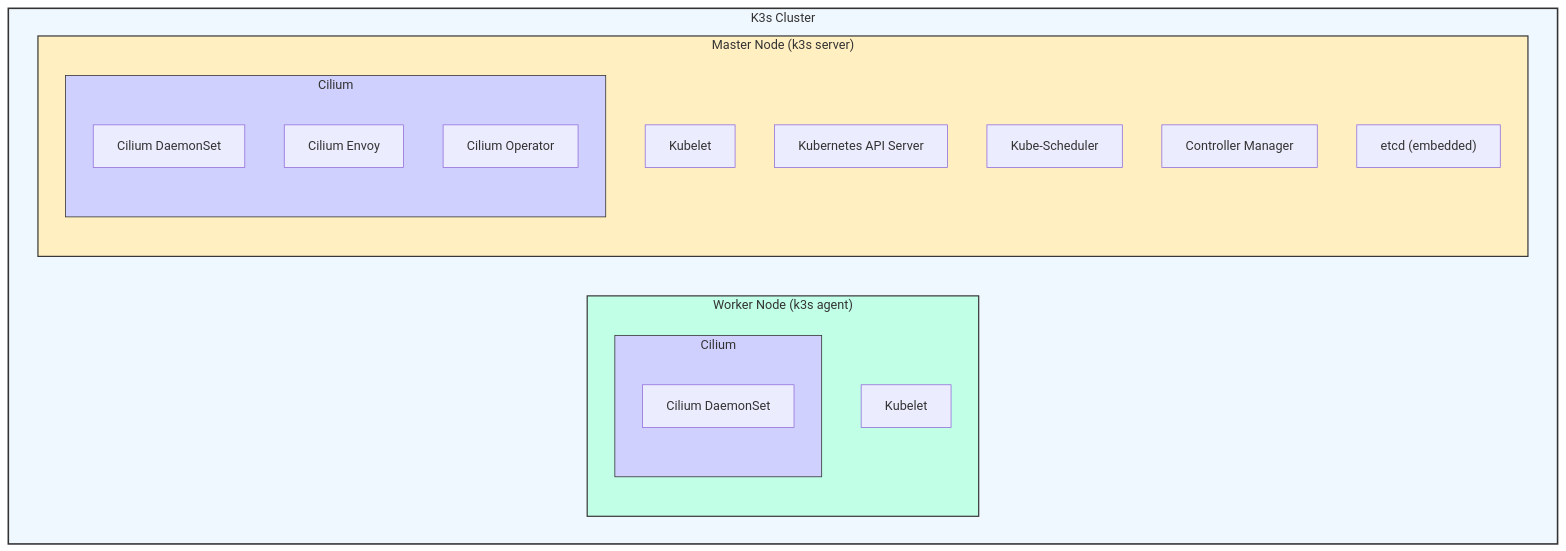
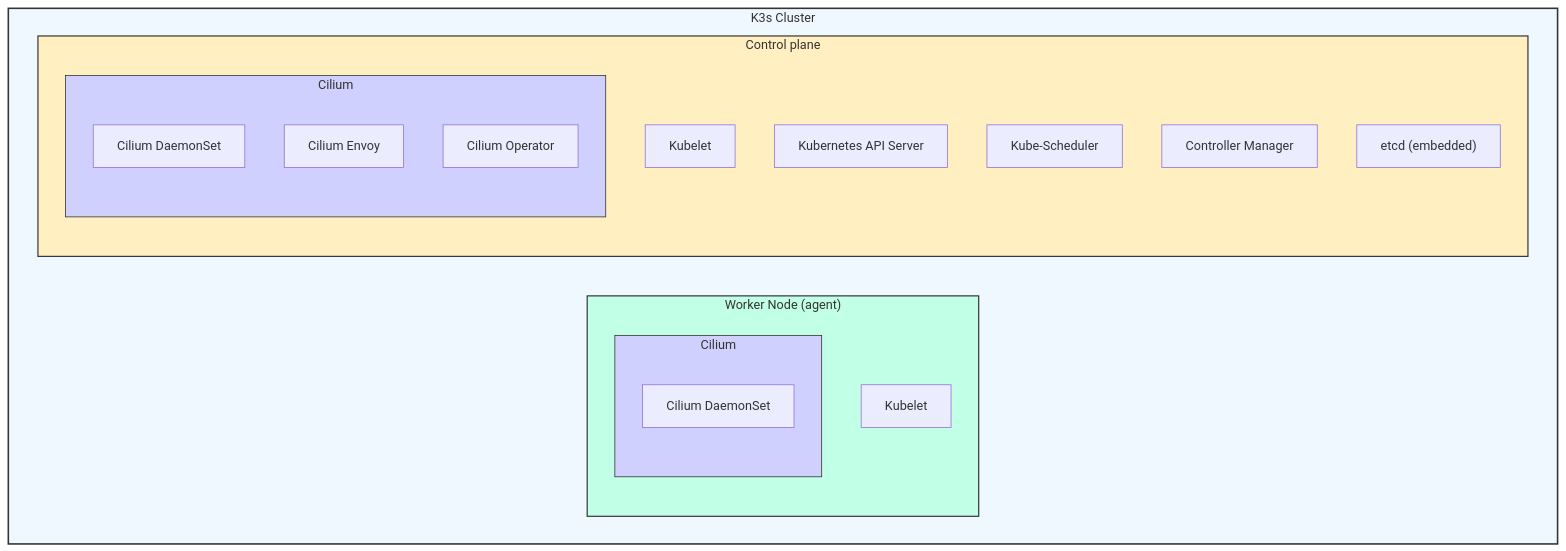
Before and after one commit to k1nho/blog: the diagram in content/posts/hs_2_k3scilium/index.md, drawn with Mermaid. The commit also changed other lines of this file and 2 other files, not shown here.

````diff
--- a/content/posts/hs_2_k3scilium/index.md
+++ b/content/posts/hs_2_k3scilium/index.md
@@ -221,31 +268,31 @@
 ```mermaid
 graph TD
     subgraph K3s_Cluster["K3s Cluster"]
-      subgraph Worker["Worker Node (k3s agent)"]
+      subgraph Worker["Worker Node (agent)"]
             KubeletW["Kubelet"]
             subgraph CiliumW["Cilium"]
                 CiliumDS["Cilium DaemonSet"]
             end
         end
 
-        subgraph Master["Master Node (k3s server)"]
+        subgraph Master["Control plane"]
             KubeletM["Kubelet"]
             API["Kubernetes API Server"]
             Scheduler["Kube-Scheduler"]
             Controller["Controller Manager"]
             ETCD["etcd (embedded)"]
             subgraph CiliumM["Cilium"]
                 CiliumDaemon["Cilium DaemonSet"]
                 CiliumEnvoy["Cilium Envoy"]
                 CiliumOperator["Cilium Operator"]
             end
         end
     end
 
     %% Style the subgraphs
     style K3s_Cluster fill:#f0f8ff,stroke:#333,stroke-width:2px
     style Master fill:#ffefc1,stroke:#333,stroke-width:1.5px
     style Worker fill:#c1ffe7,stroke:#333,stroke-width:1.5px
     style CiliumW fill:#d0d0ff,stroke:#333,stroke-width:1px
     style CiliumM fill:#d0d0ff,stroke:#333,stroke-width:1px
 ```
````
